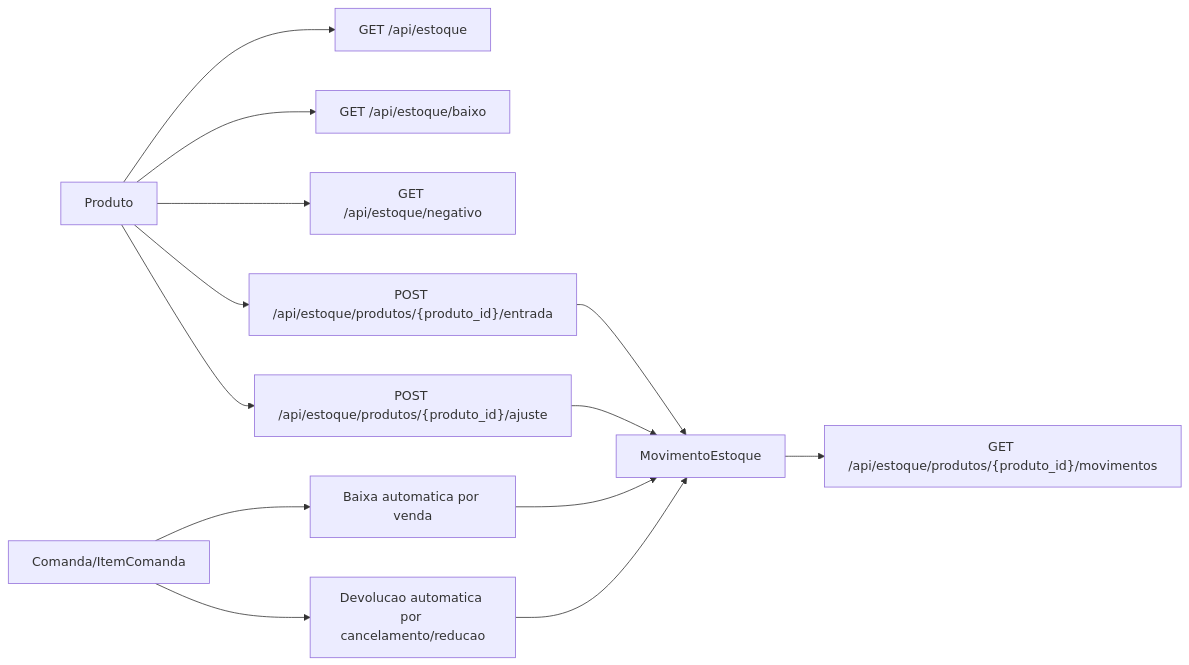
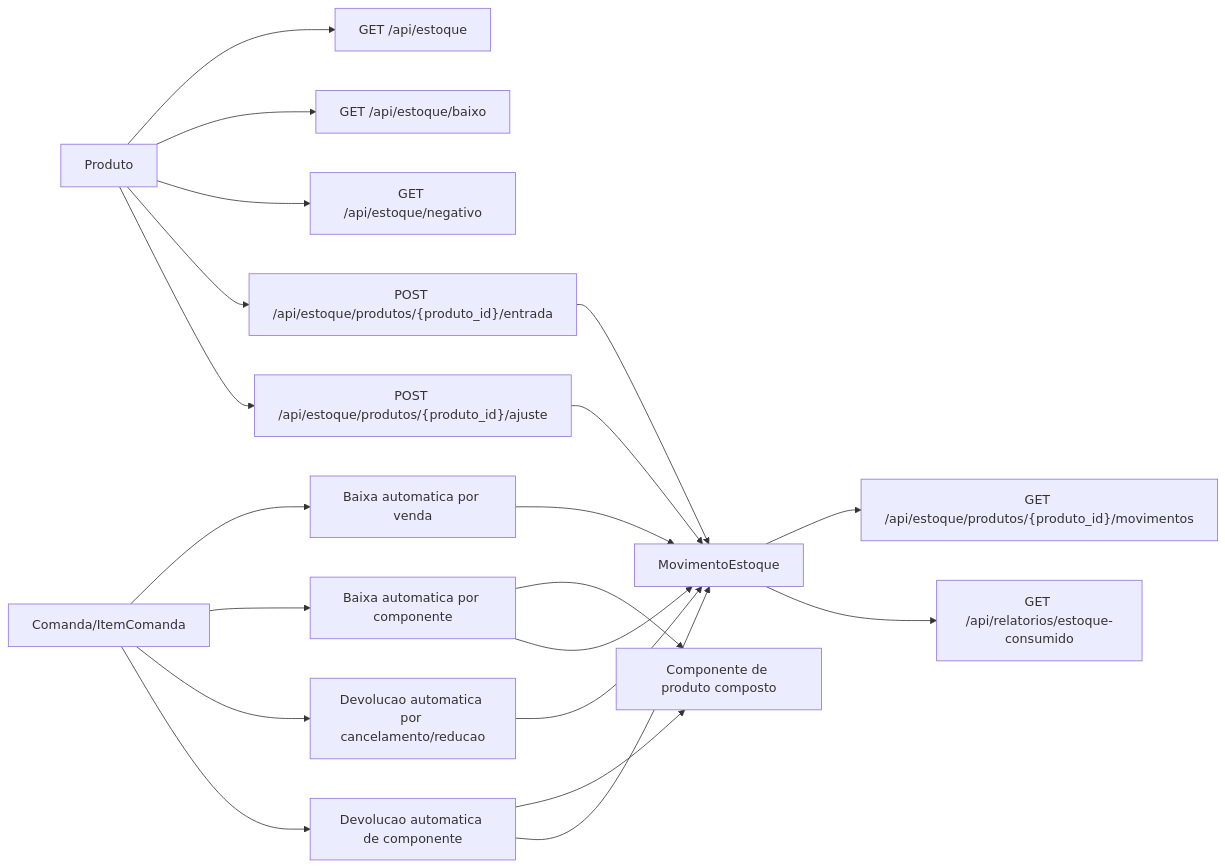
One commit to OtavioProcopio/area-verde changed the diagram in docs/diagrams/modules/estoque.md. Above: the diagram before and after it, drawn with Mermaid. The commit also changed other lines of this file and 28 other files, not shown here.

````diff
--- a/docs/diagrams/modules/estoque.md
+++ b/docs/diagrams/modules/estoque.md
@@ -12,28 +12,39 @@
 ```mermaid
 flowchart LR
     Produto[Produto]
+    Componente[Componente de produto composto]
     Movimento[MovimentoEstoque]
     Comanda[Comanda/ItemComanda]
+    RelatorioConsumo["GET /api/relatorios/estoque-consumido"]
 
     Consultar["GET /api/estoque"]
     Baixo["GET /api/estoque/baixo"]
     Negativo["GET /api/estoque/negativo"]
     Historico["GET /api/estoque/produtos/{produto_id}/movimentos"]
     Entrada["POST /api/estoque/produtos/{produto_id}/entrada"]
     Ajuste["POST /api/estoque/produtos/{produto_id}/ajuste"]
     BaixaVenda["Baixa automatica por venda"]
+    BaixaComponente["Baixa automatica por componente"]
     Devolucao["Devolucao automatica por cancelamento/reducao"]
+    DevolucaoComponente["Devolucao automatica de componente"]
 
     Produto --> Consultar
     Produto --> Baixo
     Produto --> Negativo
     Produto --> Entrada
     Produto --> Ajuste
     Entrada --> Movimento
     Ajuste --> Movimento
     Comanda --> BaixaVenda
+    Comanda --> BaixaComponente
     Comanda --> Devolucao
+    Comanda --> DevolucaoComponente
     BaixaVenda --> Movimento
+    BaixaComponente --> Componente
+    BaixaComponente --> Movimento
     Devolucao --> Movimento
+    DevolucaoComponente --> Componente
+    DevolucaoComponente --> Movimento
     Movimento --> Historico
+    Movimento --> RelatorioConsumo
 ```
````
